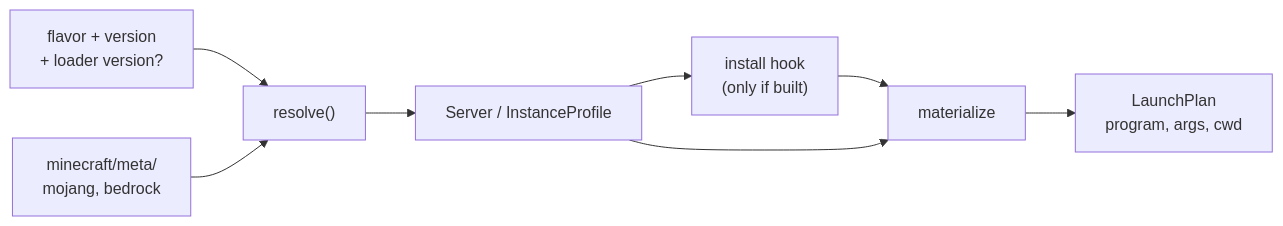
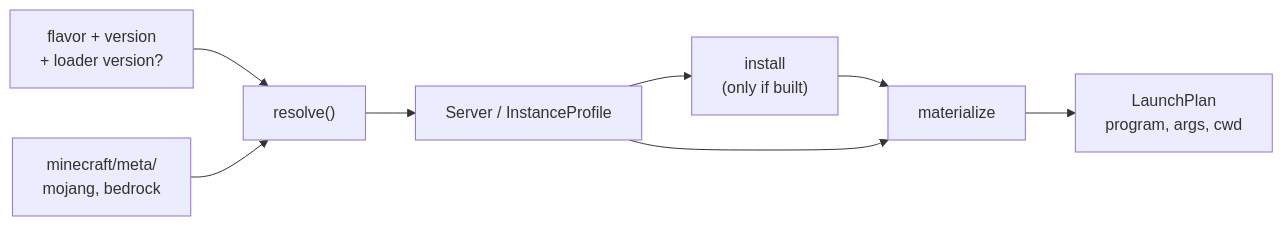
One commit to prytaneum/hestia changed the diagram in docs/architecture/minecraft.md. Above: the diagram before and after it, drawn with Mermaid. The commit also changed other lines of this file and 36 other files, not shown here.

````diff
--- a/docs/architecture/minecraft.md
+++ b/docs/architecture/minecraft.md
@@ -77,8 +67,8 @@
 ```mermaid
 flowchart LR
     REQ["flavor + version<br/>+ loader version?"] --> RES["resolve()"]
     META["minecraft/meta/<br/>mojang, bedrock"] --> RES
     RES --> PROF["Server / InstanceProfile"]
-    PROF --> INST["install hook<br/>(only if built)"] --> MAT
+    PROF --> INST["install<br/>(only if built)"] --> MAT
     PROF --> MAT["materialize"] --> PLAN["LaunchPlan<br/>program, args, cwd"]
 ```
````
